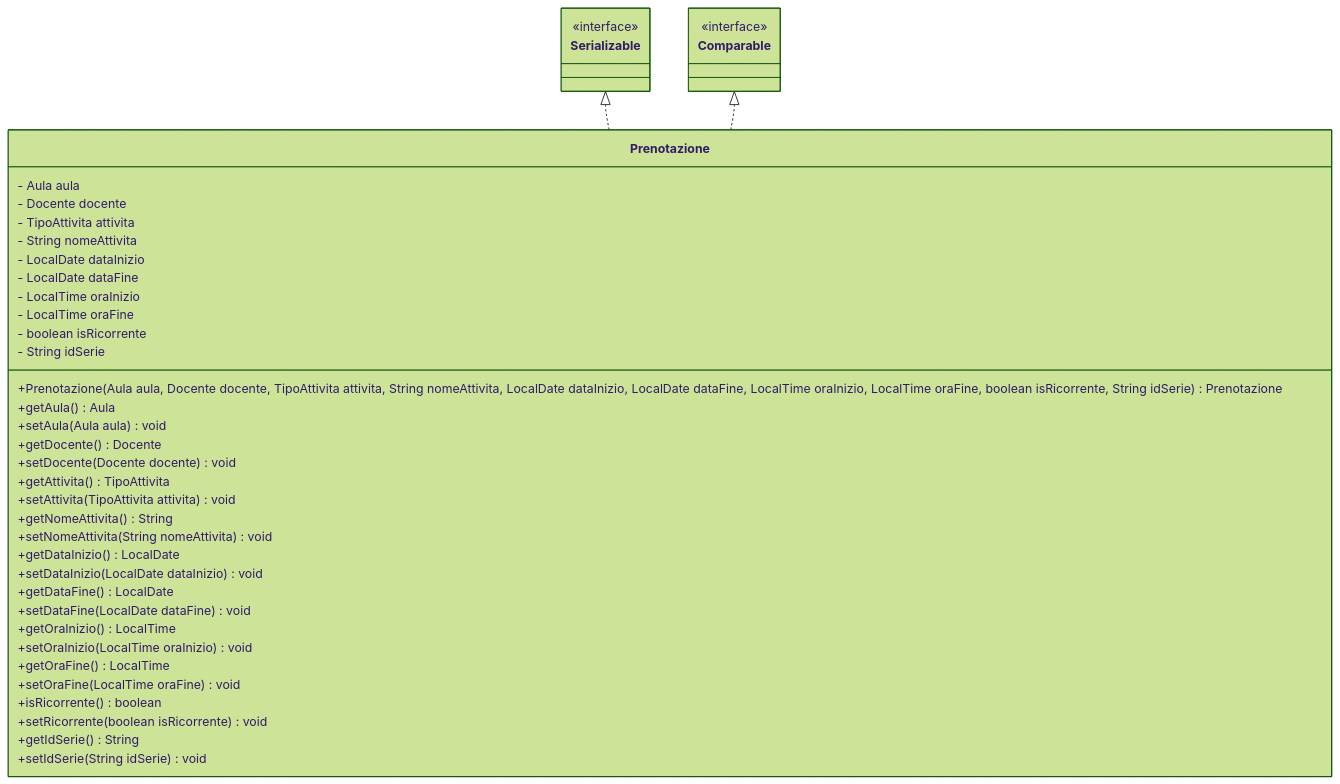
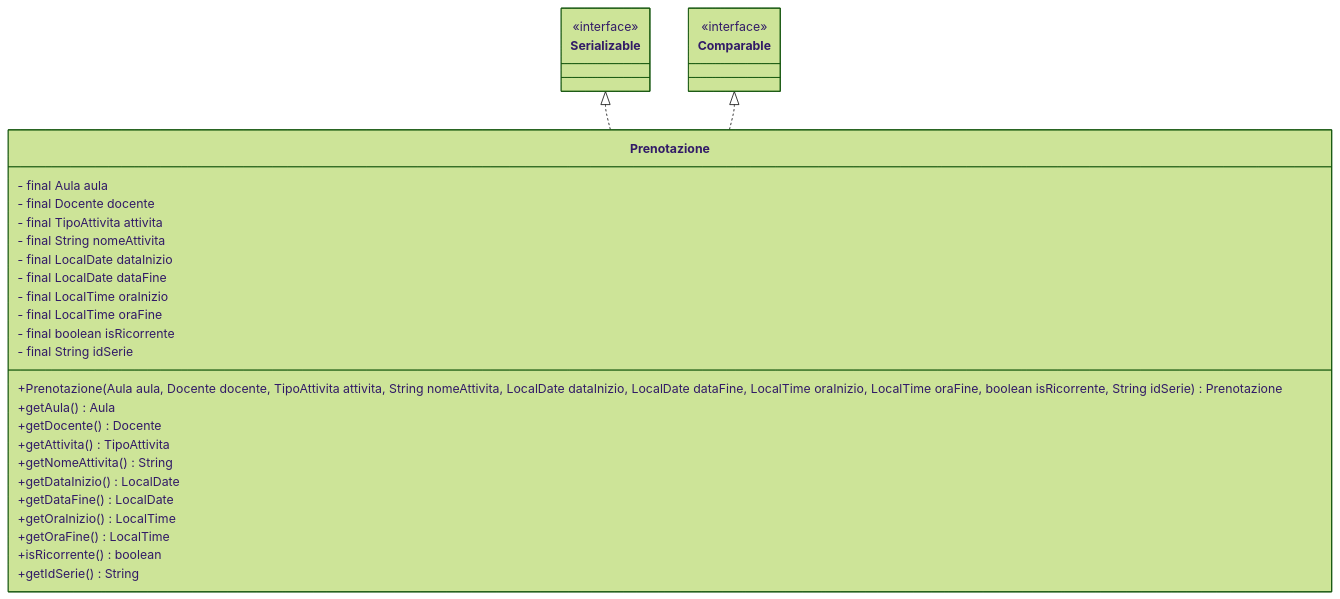
Before and after one commit to gcarbone48/PrenotazioneAule5: the diagram in diagrams/prenotazioneClassDiagram.md, drawn with Mermaid (forest theme).

Commit message:
FIX: rimozione setter su classe Prenotazione, attributi final in quanto non modificabili

````diff
--- a/diagrams/prenotazioneClassDiagram.md
+++ b/diagrams/prenotazioneClassDiagram.md
@@ -1,54 +1,44 @@
 ```mermaid
 classDiagram
 
     class Serializable {
              <<interface>>
     }
     class Comparable {
              <<interface>>
     }
 
     Serializable <|.. Prenotazione
     Comparable <|.. Prenotazione
 
 
  class Prenotazione{
-        - Aula aula
-        - Docente docente
-        - TipoAttivita attivita
-        - String nomeAttivita
-        - LocalDate dataInizio
-        - LocalDate dataFine
-        - LocalTime oraInizio
-        - LocalTime oraFine
-        - boolean isRicorrente
-        - String idSerie        
+        - final Aula aula
+        - final Docente docente
+        - final TipoAttivita attivita
+        - final String nomeAttivita
+        - final LocalDate dataInizio
+        - final LocalDate dataFine
+        - final LocalTime oraInizio
+        - final LocalTime oraFine
+        - final boolean isRicorrente
+        - final String idSerie 
         %% codice interno x controlli nostri
         
         %%Costruttore 
         +Prenotazione(Aula aula, Docente docente, TipoAttivita attivita, String nomeAttivita, LocalDate dataInizio, LocalDate dataFine, LocalTime oraInizio, LocalTime oraFine, boolean isRicorrente, String idSerie) Prenotazione
         +getAula() Aula
-        +setAula(Aula aula) void
         +getDocente() Docente
-        +setDocente(Docente docente) void
         +getAttivita() TipoAttivita
-        +setAttivita(TipoAttivita attivita) void
         +getNomeAttivita() String
-        +setNomeAttivita(String nomeAttivita) void
         +getDataInizio() LocalDate
-        +setDataInizio(LocalDate dataInizio) void
         +getDataFine() LocalDate
-        +setDataFine(LocalDate dataFine) void
         +getOraInizio() LocalTime
-        +setOraInizio(LocalTime oraInizio) void
         +getOraFine() LocalTime
-        +setOraFine(LocalTime oraFine) void
         +isRicorrente() boolean
-        +setRicorrente(boolean isRicorrente) void
         +getIdSerie() String
-        +setIdSerie(String idSerie) void
 
         
 
     }
 ```
````
